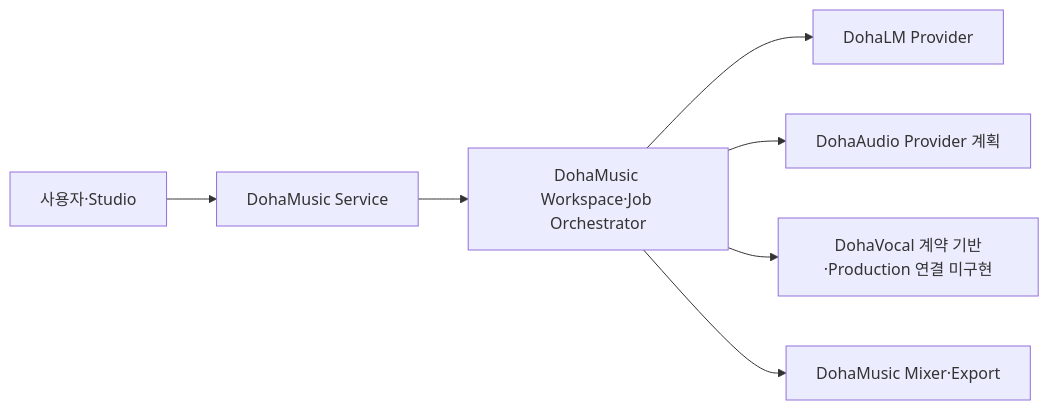
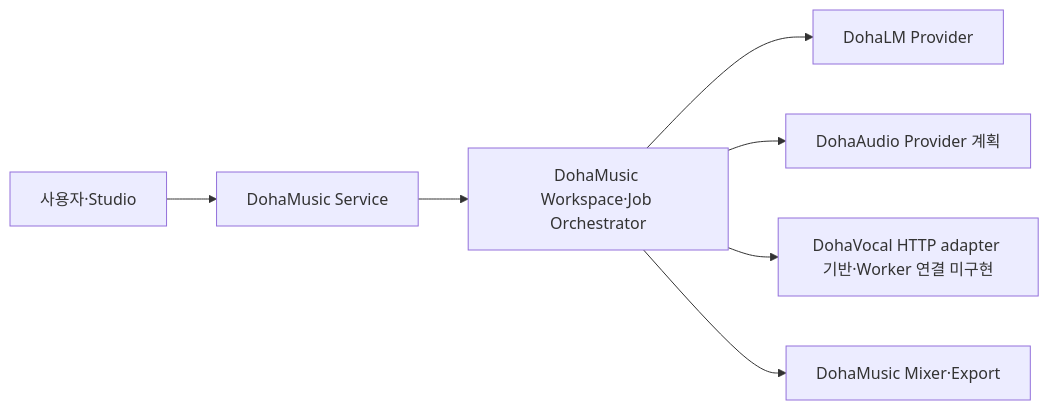
One commit to DohaStudio/DohaMusic changed the diagram in docs/03-architecture/repository-provider-boundaries.md. Above: the diagram before and after it, drawn with Mermaid. The commit also changed other lines of this file and 27 other files, not shown here.

Commit message:
feat: DohaVocal HTTP Transport Foundation 구현

````diff
--- a/docs/03-architecture/repository-provider-boundaries.md
+++ b/docs/03-architecture/repository-provider-boundaries.md
@@ -55,9 +55,9 @@
 ```mermaid
 flowchart LR
   U[사용자·Studio] --> M[DohaMusic Service]
   M --> O[DohaMusic Workspace·Job Orchestrator]
   O --> L[DohaLM Provider]
   O --> A[DohaAudio Provider 계획]
-  O --> V[DohaVocal 계약 기반·Production 연결 미구현]
+  O --> V[DohaVocal HTTP adapter 기반·Worker 연결 미구현]
   O --> X[DohaMusic Mixer·Export]
 ```
````
